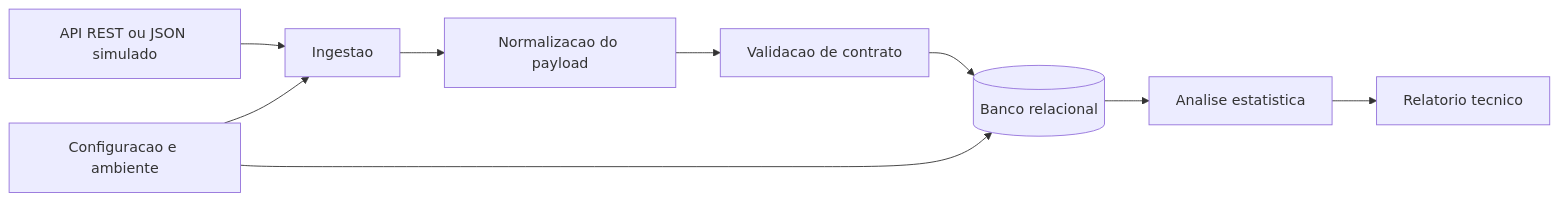
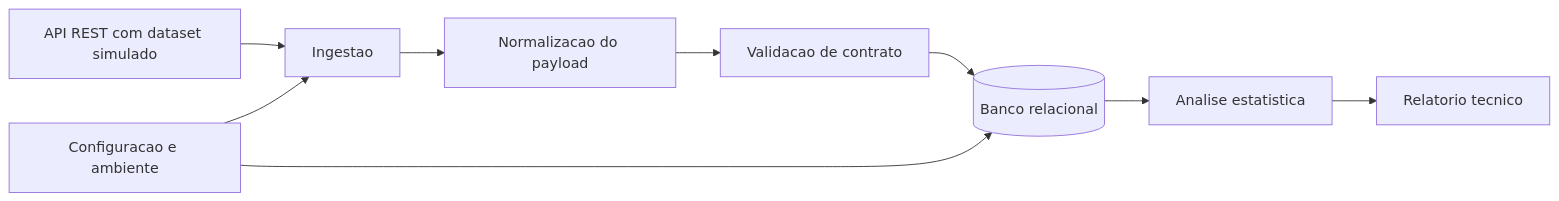
The diagram in docs/diagramas/diagrama-contexto.md (campagsi/data-science-ia), drawn with Mermaid before and after one commit. The commit also changed other lines of this file and 20 other files, not shown here.

````diff
--- a/docs/diagramas/diagrama-contexto.md
+++ b/docs/diagramas/diagrama-contexto.md
@@ -1,11 +1,11 @@
 ```mermaid
 flowchart LR
-	Fonte[API REST ou JSON simulado] --> Ingestao[Ingestao]
+	Fonte[API REST com dataset simulado] --> Ingestao[Ingestao]
 	Ingestao --> Normalizacao[Normalizacao do payload]
 	Normalizacao --> Validacao[Validacao de contrato]
 	Validacao --> Banco[(Banco relacional)]
 	Banco --> Analise[Analise estatistica]
 	Analise --> Relatorio[Relatorio tecnico]
 	Config[Configuracao e ambiente] --> Ingestao
 	Config --> Banco
 ```
````
